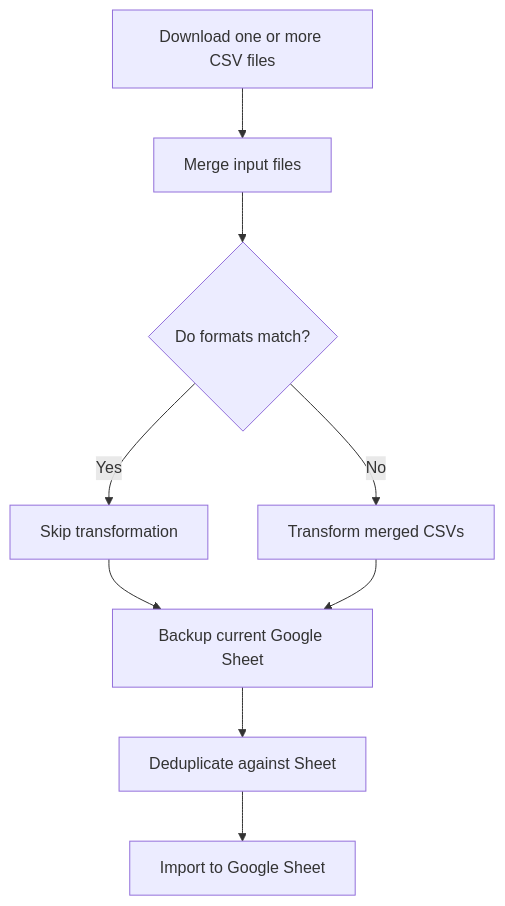
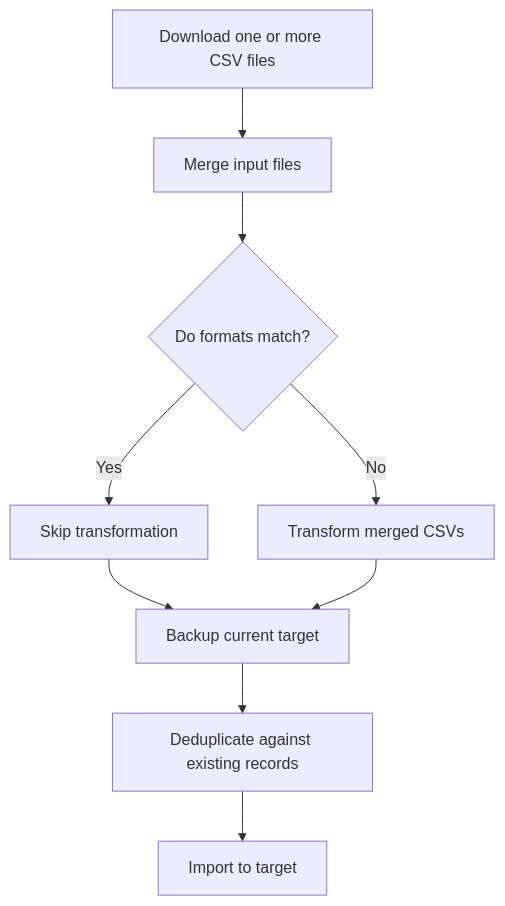
The diagram in docs/csvimport-process.md (vrwmiller/myip), drawn with Mermaid before and after one commit. The commit also changed other lines of this file, not shown here.

Commit message:
Remove all references to Google and Google Sheets from csvimport-process.md; update workflow to use generic target data store

````diff
--- a/docs/csvimport-process.md
+++ b/docs/csvimport-process.md
@@ -3,11 +3,11 @@
 ```mermaid
 flowchart TD
     A[Download one or more CSV files] --> B[Merge input files]
     B --> C{Do formats match?}
     C -- Yes --> D[Skip transformation]
     C -- No --> E[Transform merged CSVs]
-    D --> F[Backup current Google Sheet]
-    E --> F[Backup current Google Sheet]
-    F --> G[Deduplicate against Sheet]
-    G --> H[Import to Google Sheet]
+    D --> F[Backup current target]
+    E --> F[Backup current target]
+    F --> G[Deduplicate against existing records]
+    G --> H[Import to target]
 ```
````
